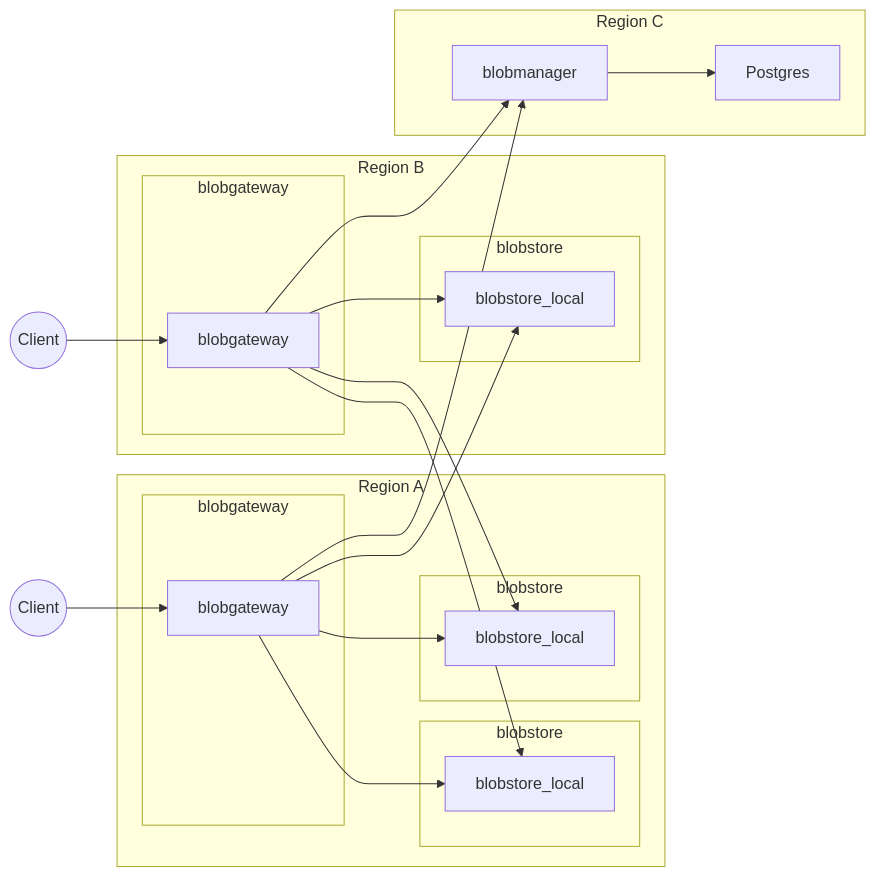
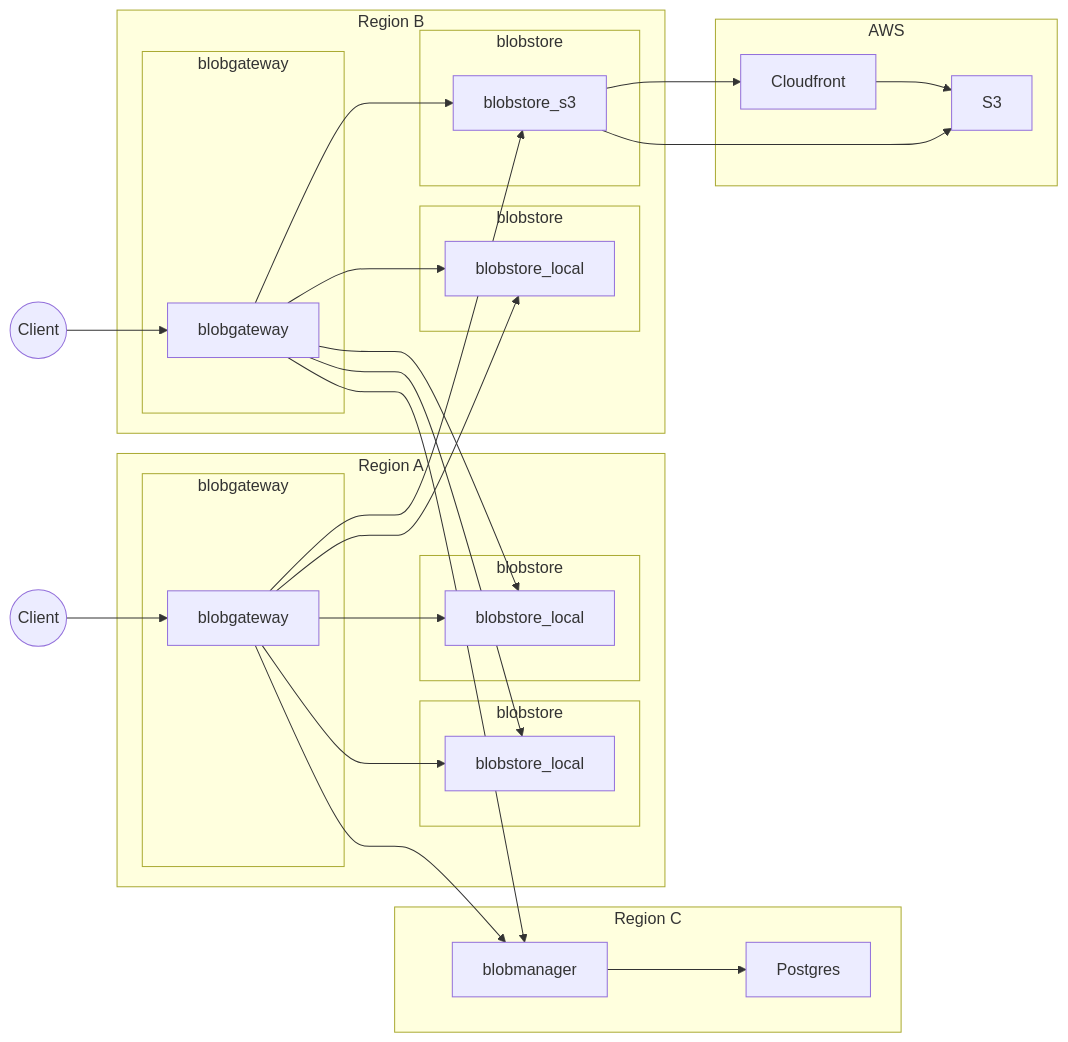
Before and after one commit to rinsuki-lab/blobservices: the diagram in README.md, drawn with Mermaid. The commit also changed other lines of this file, not shown here.

Commit message:
readme更新

````diff
--- a/README.md
+++ b/README.md
@@ -7,41 +7,53 @@
 ```mermaid
 flowchart LR
     Client_A((Client))
     Client_B((Client))
 
     subgraph Region A
         subgraph blobgateway_A[blobgateway]
             blobgateway_A1[blobgateway]
         end
         subgraph blobstore_A1[blobstore]
             blobstore_local_A1[blobstore_local]
         end
         subgraph blobstore_A2[blobstore]
             blobstore_local_A2[blobstore_local]
         end
     end
     subgraph Region B
         subgraph blobgateway_B[blobgateway]
             blobgateway_B1[blobgateway]
         end
         subgraph blobstore_B1[blobstore]
             blobstore_local_B1[blobstore_local]
         end
+        subgraph blobstore_B2[blobstore]
+            blobstore_s3_B1[blobstore_s3]
+        end
     end
     subgraph Region C
         blobmanager
         Postgres
+    end
+    subgraph AWS
+        Cloudfront
+        S3
     end
 
     Client_A --> blobgateway_A1
     Client_B --> blobgateway_B1
     blobgateway_A1 --> blobstore_local_A1
     blobgateway_A1 --> blobstore_local_A2
     blobgateway_A1 --> blobstore_local_B1
+    blobgateway_A1 --> blobstore_s3_B1
     blobgateway_B1 --> blobstore_local_A1
     blobgateway_B1 --> blobstore_local_A2
     blobgateway_B1 --> blobstore_local_B1
+    blobgateway_B1 --> blobstore_s3_B1
     blobgateway_A1 --> blobmanager
     blobgateway_B1 --> blobmanager
+    Cloudfront --> S3
+    blobstore_s3_B1 --> S3
+    blobstore_s3_B1 --> Cloudfront
     blobmanager --> Postgres
 ```
````
